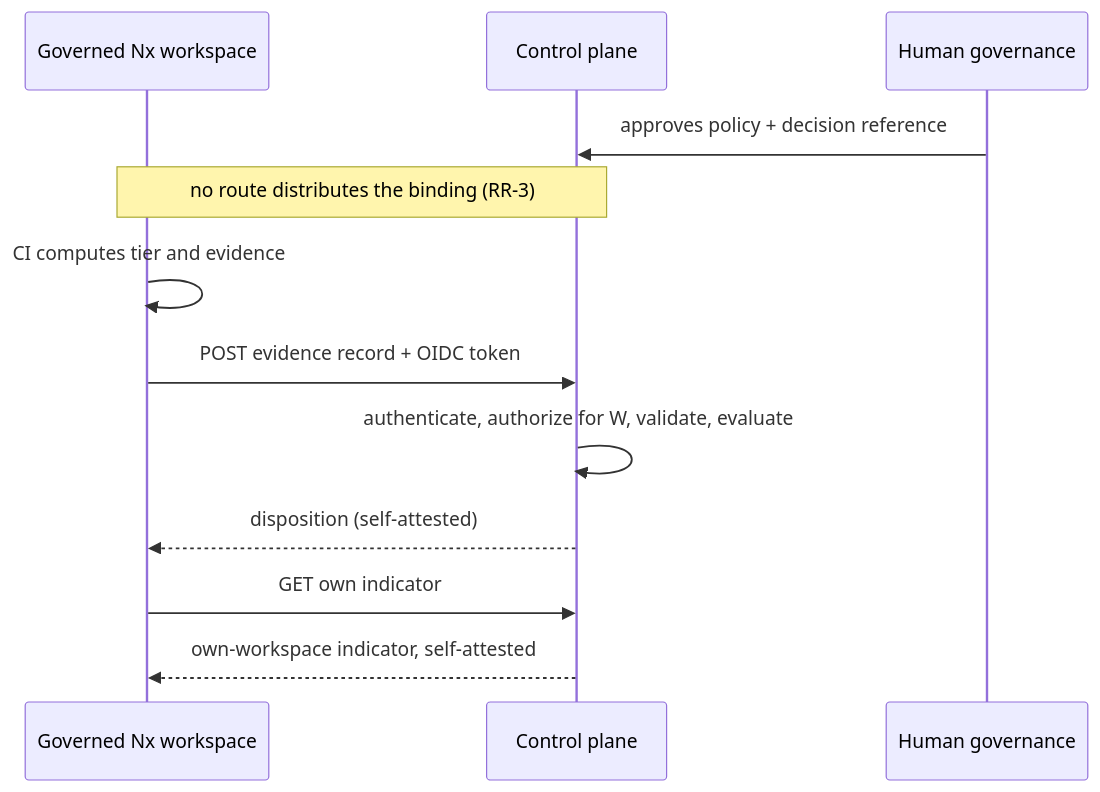
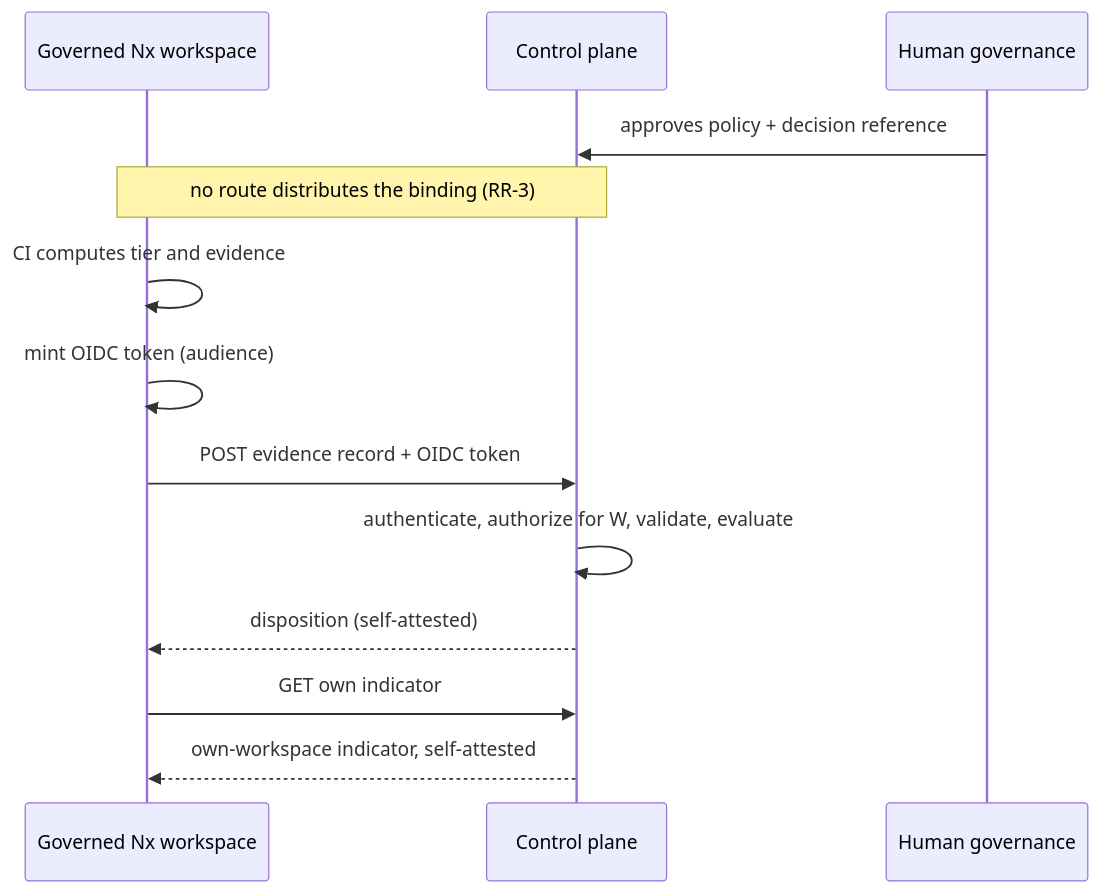
Before and after one commit to codeaiforge/sdlc-control-plane: the diagram in docs/contracts.md, drawn with Mermaid. The commit also changed other lines of this file, not shown here.

````diff
--- a/docs/contracts.md
+++ b/docs/contracts.md
@@ -35,14 +66,15 @@
 ```mermaid
 sequenceDiagram
   participant WS as Governed Nx workspace
   participant CP as Control plane
   participant H as Human governance
   H->>CP: approves policy + decision reference
   Note over CP,WS: no route distributes the binding (RR-3)
   WS->>WS: CI computes tier and evidence
+  WS->>WS: mint OIDC token (audience)
   WS->>CP: POST evidence record + OIDC token
   CP->>CP: authenticate, authorize for W, validate, evaluate
   CP-->>WS: disposition (self-attested)
   WS->>CP: GET own indicator
   CP-->>WS: own-workspace indicator, self-attested
 ```
````
